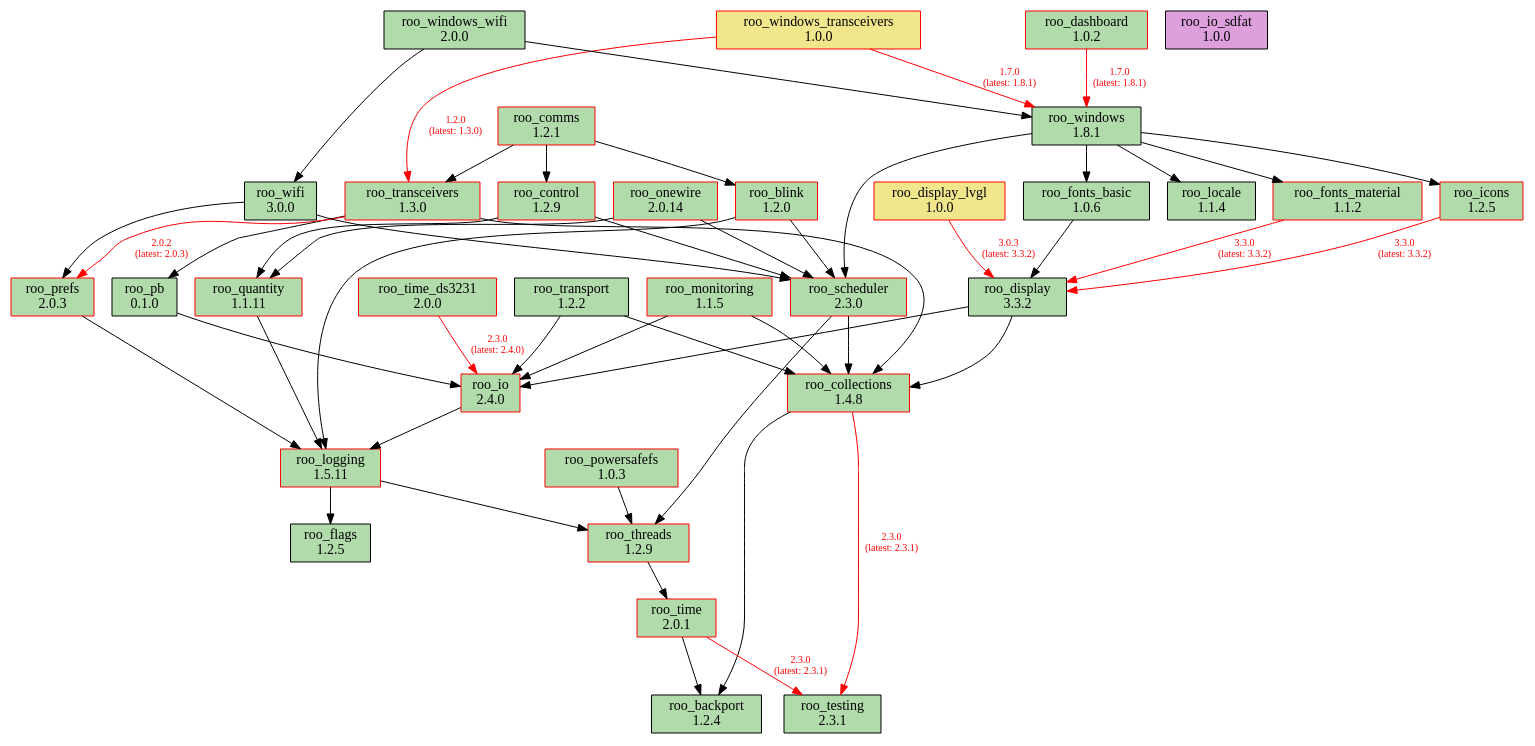
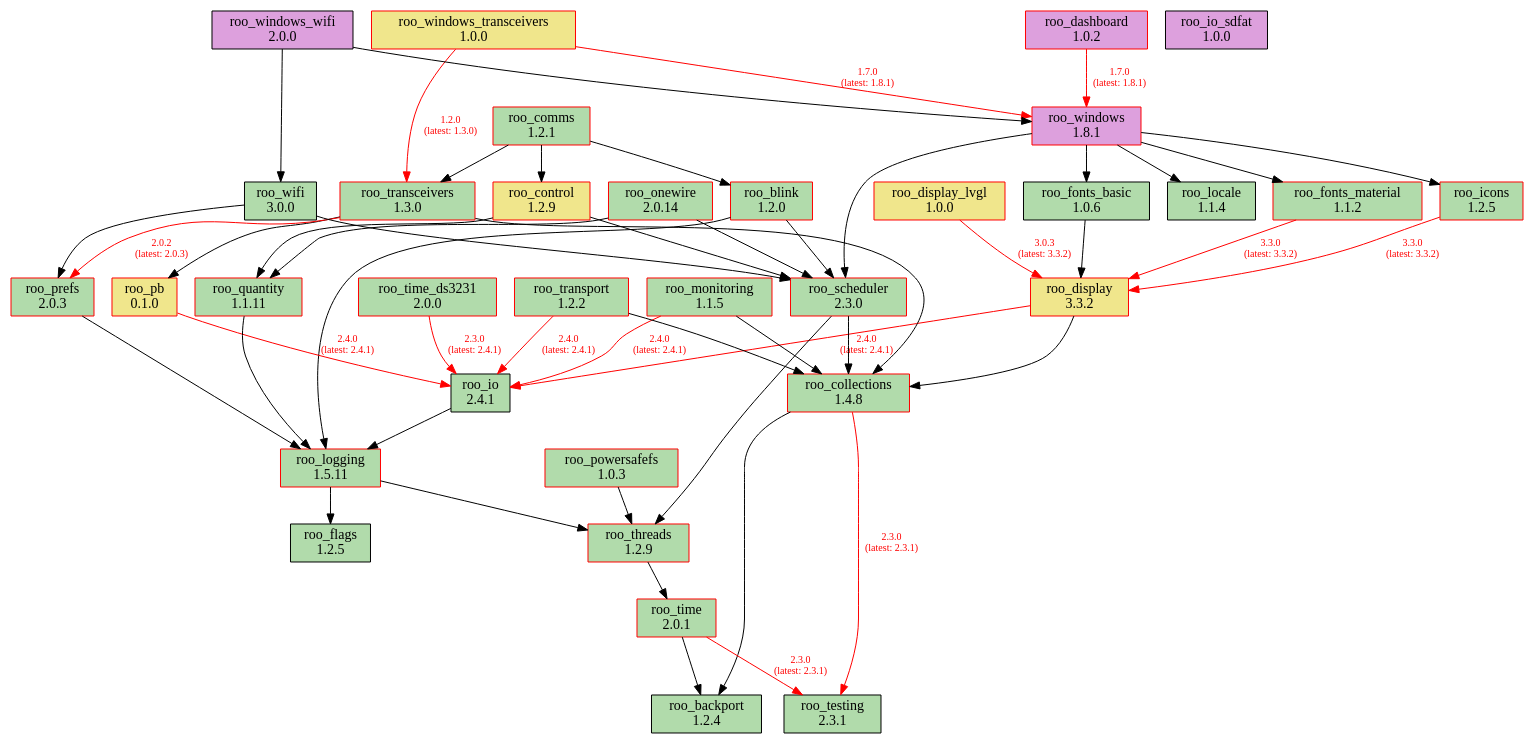
The diagram in doc/dependencies.dot (dejwk/roo-registry), drawn with Graphviz before and after one commit. The commit also changed 3 other files, not shown here.

```diff
--- a/doc/dependencies.dot
+++ b/doc/dependencies.dot
@@ -1,91 +1,91 @@
 digraph dependencies {
     rankdir=TB;
     node [shape=box, style=filled];
     edge [fontsize=10];
 
     // Modules
     "roo_backport" [label="roo_backport\n1.2.4", fillcolor="#b1dbab", color="black"];
     "roo_blink" [label="roo_blink\n1.2.0", fillcolor="#b1dbab", color="red"];
     "roo_collections" [label="roo_collections\n1.4.8", fillcolor="#b1dbab", color="red"];
     "roo_comms" [label="roo_comms\n1.2.1", fillcolor="#b1dbab", color="red"];
-    "roo_control" [label="roo_control\n1.2.9", fillcolor="#b1dbab", color="red"];
-    "roo_dashboard" [label="roo_dashboard\n1.0.2", fillcolor="#b1dbab", color="red"];
-    "roo_display" [label="roo_display\n3.3.2", fillcolor="#b1dbab", color="black"];
+    "roo_control" [label="roo_control\n1.2.9", fillcolor="khaki", color="red"];
+    "roo_dashboard" [label="roo_dashboard\n1.0.2", fillcolor="plum", color="red"];
+    "roo_display" [label="roo_display\n3.3.2", fillcolor="khaki", color="red"];
     "roo_display_lvgl" [label="roo_display_lvgl\n1.0.0", fillcolor="khaki", color="red"];
     "roo_flags" [label="roo_flags\n1.2.5", fillcolor="#b1dbab", color="black"];
     "roo_fonts_basic" [label="roo_fonts_basic\n1.0.6", fillcolor="#b1dbab", color="black"];
     "roo_fonts_material" [label="roo_fonts_material\n1.1.2", fillcolor="#b1dbab", color="red"];
     "roo_icons" [label="roo_icons\n1.2.5", fillcolor="#b1dbab", color="red"];
-    "roo_io" [label="roo_io\n2.4.0", fillcolor="#b1dbab", color="red"];
+    "roo_io" [label="roo_io\n2.4.1", fillcolor="#b1dbab", color="black"];
     "roo_io_sdfat" [label="roo_io_sdfat\n1.0.0", fillcolor="plum", color="black"];
     "roo_locale" [label="roo_locale\n1.1.4", fillcolor="#b1dbab", color="black"];
     "roo_logging" [label="roo_logging\n1.5.11", fillcolor="#b1dbab", color="red"];
     "roo_monitoring" [label="roo_monitoring\n1.1.5", fillcolor="#b1dbab", color="red"];
     "roo_onewire" [label="roo_onewire\n2.0.14", fillcolor="#b1dbab", color="red"];
-    "roo_pb" [label="roo_pb\n0.1.0", fillcolor="#b1dbab", color="black"];
+    "roo_pb" [label="roo_pb\n0.1.0", fillcolor="khaki", color="red"];
     "roo_powersafefs" [label="roo_powersafefs\n1.0.3", fillcolor="#b1dbab", color="red"];
     "roo_prefs" [label="roo_prefs\n2.0.3", fillcolor="#b1dbab", color="red"];
     "roo_quantity" [label="roo_quantity\n1.1.11", fillcolor="#b1dbab", color="red"];
     "roo_scheduler" [label="roo_scheduler\n2.3.0", fillcolor="#b1dbab", color="red"];
     "roo_testing" [label="roo_testing\n2.3.1", fillcolor="#b1dbab", color="black"];
     "roo_threads" [label="roo_threads\n1.2.9", fillcolor="#b1dbab", color="red"];
     "roo_time" [label="roo_time\n2.0.1", fillcolor="#b1dbab", color="red"];
     "roo_time_ds3231" [label="roo_time_ds3231\n2.0.0", fillcolor="#b1dbab", color="red"];
     "roo_transceivers" [label="roo_transceivers\n1.3.0", fillcolor="#b1dbab", color="red"];
-    "roo_transport" [label="roo_transport\n1.2.2", fillcolor="#b1dbab", color="black"];
+    "roo_transport" [label="roo_transport\n1.2.2", fillcolor="#b1dbab", color="red"];
     "roo_wifi" [label="roo_wifi\n3.0.0", fillcolor="#b1dbab", color="black"];
-    "roo_windows" [label="roo_windows\n1.8.1", fillcolor="#b1dbab", color="black"];
+    "roo_windows" [label="roo_windows\n1.8.1", fillcolor="plum", color="red"];
     "roo_windows_transceivers" [label="roo_windows_transceivers\n1.0.0", fillcolor="khaki", color="red"];
-    "roo_windows_wifi" [label="roo_windows_wifi\n2.0.0", fillcolor="#b1dbab", color="black"];
+    "roo_windows_wifi" [label="roo_windows_wifi\n2.0.0", fillcolor="plum", color="black"];
 
     // Dependencies
     "roo_blink" -> "roo_logging";
     "roo_blink" -> "roo_scheduler";
     "roo_collections" -> "roo_testing" [color=red, fontcolor=red, label="2.3.0\n(latest: 2.3.1)"];
     "roo_collections" -> "roo_backport";
     "roo_comms" -> "roo_blink";
     "roo_comms" -> "roo_control";
     "roo_comms" -> "roo_transceivers";
     "roo_control" -> "roo_quantity";
     "roo_control" -> "roo_scheduler";
     "roo_dashboard" -> "roo_windows" [color=red, fontcolor=red, label="1.7.0\n(latest: 1.8.1)"];
     "roo_display" -> "roo_collections";
-    "roo_display" -> "roo_io";
+    "roo_display" -> "roo_io" [color=red, fontcolor=red, label="2.4.0\n(latest: 2.4.1)"];
     "roo_display_lvgl" -> "roo_display" [color=red, fontcolor=red, label="3.0.3\n(latest: 3.3.2)"];
     "roo_fonts_basic" -> "roo_display";
     "roo_fonts_material" -> "roo_display" [color=red, fontcolor=red, label="3.3.0\n(latest: 3.3.2)"];
     "roo_icons" -> "roo_display" [color=red, fontcolor=red, label="3.3.0\n(latest: 3.3.2)"];
     "roo_io" -> "roo_logging";
     "roo_logging" -> "roo_flags";
     "roo_logging" -> "roo_threads";
     "roo_monitoring" -> "roo_collections";
-    "roo_monitoring" -> "roo_io";
+    "roo_monitoring" -> "roo_io" [color=red, fontcolor=red, label="2.4.0\n(latest: 2.4.1)"];
     "roo_onewire" -> "roo_scheduler";
     "roo_onewire" -> "roo_quantity";
-    "roo_pb" -> "roo_io";
+    "roo_pb" -> "roo_io" [color=red, fontcolor=red, label="2.4.0\n(latest: 2.4.1)"];
     "roo_powersafefs" -> "roo_threads";
     "roo_prefs" -> "roo_logging";
     "roo_quantity" -> "roo_logging";
     "roo_scheduler" -> "roo_collections";
     "roo_scheduler" -> "roo_threads";
     "roo_threads" -> "roo_time";
     "roo_time" -> "roo_testing" [color=red, fontcolor=red, label="2.3.0\n(latest: 2.3.1)"];
     "roo_time" -> "roo_backport";
-    "roo_time_ds3231" -> "roo_io" [color=red, fontcolor=red, label="2.3.0\n(latest: 2.4.0)"];
+    "roo_time_ds3231" -> "roo_io" [color=red, fontcolor=red, label="2.3.0\n(latest: 2.4.1)"];
     "roo_transceivers" -> "roo_pb";
     "roo_transceivers" -> "roo_collections";
     "roo_transceivers" -> "roo_prefs" [color=red, fontcolor=red, label="2.0.2\n(latest: 2.0.3)"];
     "roo_transport" -> "roo_collections";
-    "roo_transport" -> "roo_io";
+    "roo_transport" -> "roo_io" [color=red, fontcolor=red, label="2.4.0\n(latest: 2.4.1)"];
     "roo_wifi" -> "roo_prefs";
     "roo_wifi" -> "roo_scheduler";
     "roo_windows" -> "roo_fonts_basic";
     "roo_windows" -> "roo_fonts_material";
     "roo_windows" -> "roo_locale";
     "roo_windows" -> "roo_icons";
     "roo_windows" -> "roo_scheduler";
     "roo_windows_transceivers" -> "roo_transceivers" [color=red, fontcolor=red, label="1.2.0\n(latest: 1.3.0)"];
     "roo_windows_transceivers" -> "roo_windows" [color=red, fontcolor=red, label="1.7.0\n(latest: 1.8.1)"];
     "roo_windows_wifi" -> "roo_wifi";
     "roo_windows_wifi" -> "roo_windows";
 }
```
